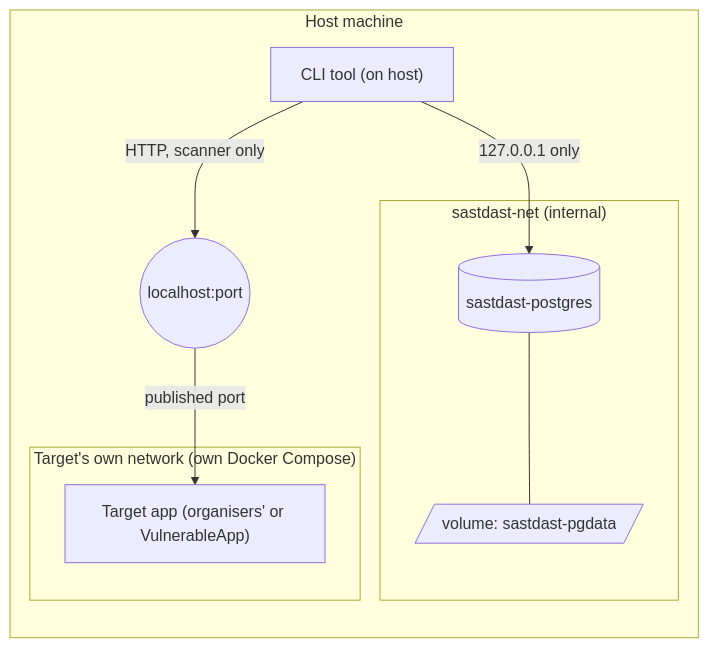
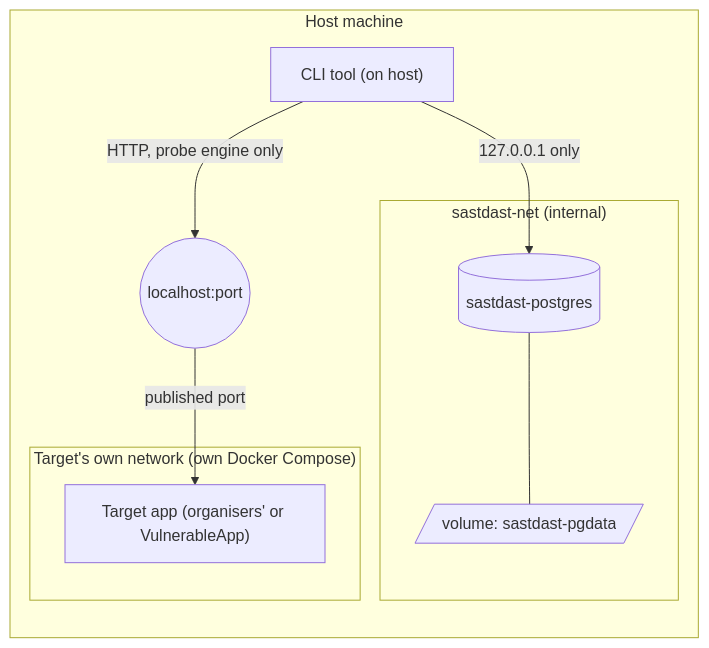
One commit to ROHITH-KUMAR-L/elenchus changed the second of 2 diagrams in docs/architecture.md. Above: the diagram before and after it, drawn with Mermaid. The commit also changed other lines of this file, not shown here.

First line of the commit message:
docs(architecture): pipeline stages 0 to 7, judging mode, residual flaws

````diff
--- a/docs/architecture.md
+++ b/docs/architecture.md
@@ -113,18 +293,18 @@
 ```mermaid
 flowchart LR
     subgraph host[Host machine]
         cli["CLI tool (on host)"]
         subgraph ours["sastdast-net (internal)"]
             pg[("sastdast-postgres")]
             vol[/"volume: sastdast-pgdata"/]
             pg --- vol
         end
         cli -- "127.0.0.1 only" --> pg
         port(("localhost:port"))
         subgraph theirs["Target's own network (own Docker Compose)"]
             target["Target app (organisers' or VulnerableApp)"]
         end
-        cli -- HTTP, scanner only --> port
+        cli -- HTTP, probe engine only --> port
         port -- published port --> target
     end
 ```
````
